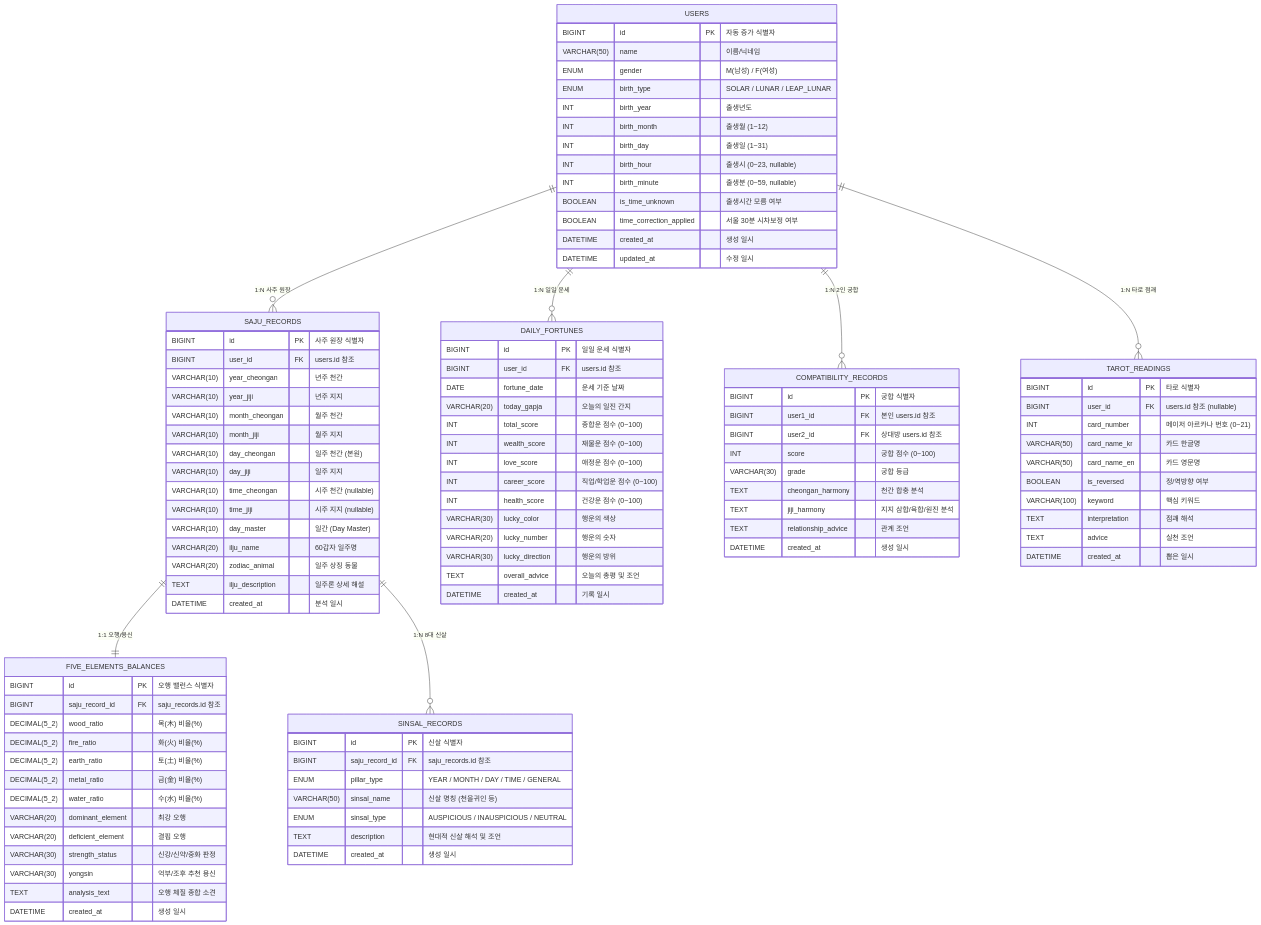
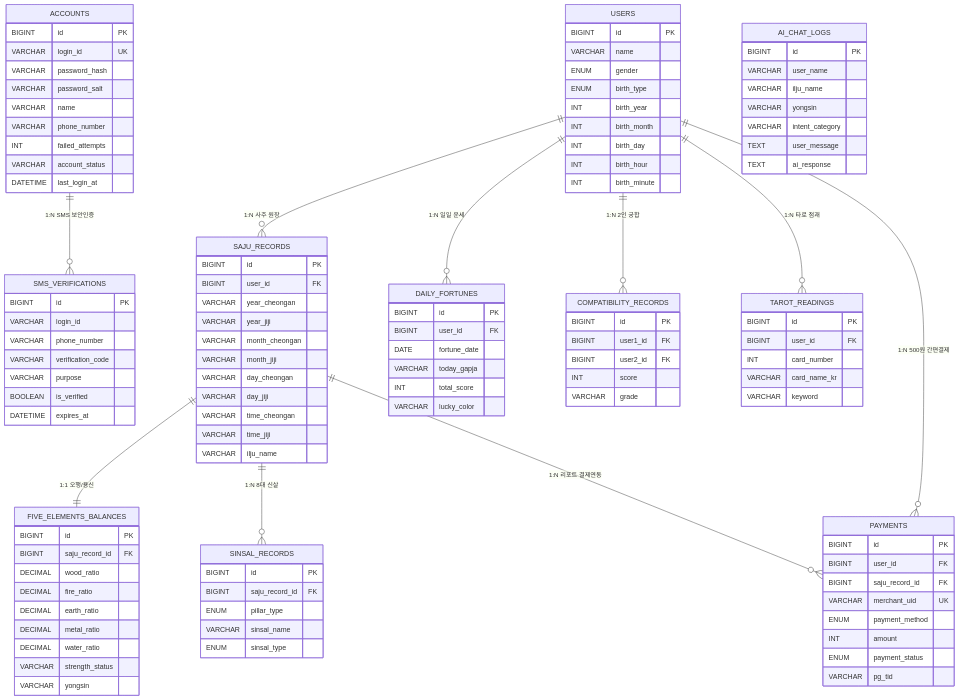
Before and after one commit to minjae0529-blip/Daily-Fortune: the third of 3 diagrams in README.md, drawn with Mermaid. The commit also changed other lines of this file and 29 other files, not shown here.

Commit message:
feat & docs: 한국 전통 디자인, 보안 로그인(5회 SMS·10회 휴면해제·SQLi 방어), 500원 간편결제(토스·카카오·네이버페이), 내장 AI 명리·꿈해몽 도사 챗봇 및 프로젝트 README 최신화

````diff
--- a/README.md
+++ b/README.md
@@ -160,111 +170,126 @@
 ```mermaid
 erDiagram
+    ACCOUNTS ||--o{ SMS_VERIFICATIONS : "1:N SMS 보안인증"
     USERS ||--o{ SAJU_RECORDS : "1:N 사주 원장"
     USERS ||--o{ DAILY_FORTUNES : "1:N 일일 운세"
     USERS ||--o{ COMPATIBILITY_RECORDS : "1:N 2인 궁합"
     USERS ||--o{ TAROT_READINGS : "1:N 타로 점괘"
+    USERS ||--o{ PAYMENTS : "1:N 500원 간편결제"
     SAJU_RECORDS ||--|| FIVE_ELEMENTS_BALANCES : "1:1 오행/용신"
     SAJU_RECORDS ||--o{ SINSAL_RECORDS : "1:N 8대 신살"
+    SAJU_RECORDS ||--o{ PAYMENTS : "1:N 리포트 결제연동"
+
+    ACCOUNTS {
+        BIGINT id PK
+        VARCHAR login_id UK
+        VARCHAR password_hash
+        VARCHAR password_salt
+        VARCHAR name
+        VARCHAR phone_number
+        INT failed_attempts
+        VARCHAR account_status
+        DATETIME last_login_at
+    }
+
+    SMS_VERIFICATIONS {
+        BIGINT id PK
+        VARCHAR login_id
+        VARCHAR phone_number
+        VARCHAR verification_code
+        VARCHAR purpose
+        BOOLEAN is_verified
+        DATETIME expires_at
+    }
 
     USERS {
-        BIGINT id PK "자동 증가 식별자"
-        VARCHAR(50) name "이름/닉네임"
-        ENUM gender "M(남성) / F(여성)"
-        ENUM birth_type "SOLAR / LUNAR / LEAP_LUNAR"
-        INT birth_year "출생년도"
-        INT birth_month "출생월 (1~12)"
-        INT birth_day "출생일 (1~31)"
-        INT birth_hour "출생시 (0~23, nullable)"
-        INT birth_minute "출생분 (0~59, nullable)"
-        BOOLEAN is_time_unknown "출생시간 모름 여부"
-        BOOLEAN time_correction_applied "서울 30분 시차보정 여부"
-        DATETIME created_at "생성 일시"
-        DATETIME updated_at "수정 일시"
+        BIGINT id PK
+        VARCHAR name
+        ENUM gender
+        ENUM birth_type
+        INT birth_year
+        INT birth_month
+        INT birth_day
+        INT birth_hour
+        INT birth_minute
     }
 
     SAJU_RECORDS {
-        BIGINT id PK "사주 원장 식별자"
-        BIGINT user_id FK "users.id 참조"
-        VARCHAR(10) year_cheongan "년주 천간"
-        VARCHAR(10) year_jiji "년주 지지"
-        VARCHAR(10) month_cheongan "월주 천간"
-        VARCHAR(10) month_jiji "월주 지지"
-        VARCHAR(10) day_cheongan "일주 천간 (본원)"
-        VARCHAR(10) day_jiji "일주 지지"
-        VARCHAR(10) time_cheongan "시주 천간 (nullable)"
-        VARCHAR(10) time_jiji "시주 지지 (nullable)"
-        VARCHAR(10) day_master "일간 (Day Master)"
-        VARCHAR(20) ilju_name "60갑자 일주명"
-        VARCHAR(20) zodiac_animal "일주 상징 동물"
-        TEXT ilju_description "일주론 상세 해설"
-        DATETIME created_at "분석 일시"
+        BIGINT id PK
+        BIGINT user_id FK
+        VARCHAR year_cheongan
+        VARCHAR year_jiji
+        VARCHAR month_cheongan
+        VARCHAR month_jiji
+        VARCHAR day_cheongan
+        VARCHAR day_jiji
+        VARCHAR time_cheongan
+        VARCHAR time_jiji
+        VARCHAR ilju_name
     }
 
     FIVE_ELEMENTS_BALANCES {
-        BIGINT id PK "오행 밸런스 식별자"
-        BIGINT saju_record_id FK "saju_records.id 참조"
-        DECIMAL(5_2) wood_ratio "목(木) 비율(%)"
-        DECIMAL(5_2) fire_ratio "화(火) 비율(%)"
-        DECIMAL(5_2) earth_ratio "토(土) 비율(%)"
-        DECIMAL(5_2) metal_ratio "금(金) 비율(%)"
-        DECIMAL(5_2) water_ratio "수(水) 비율(%)"
-        VARCHAR(20) dominant_element "최강 오행"
-        VARCHAR(20) deficient_element "결핍 오행"
-        VARCHAR(30) strength_status "신강/신약/중화 판정"
-        VARCHAR(30) yongsin "억부/조후 추천 용신"
-        TEXT analysis_text "오행 체질 종합 소견"
-        DATETIME created_at "생성 일시"
+        BIGINT id PK
+        BIGINT saju_record_id FK
+        DECIMAL wood_ratio
+        DECIMAL fire_ratio
+        DECIMAL earth_ratio
+        DECIMAL metal_ratio
+        DECIMAL water_ratio
+        VARCHAR strength_status
+        VARCHAR yongsin
     }
 
     SINSAL_RECORDS {
-        BIGINT id PK "신살 식별자"
-        BIGINT saju_record_id FK "saju_records.id 참조"
-        ENUM pillar_type "YEAR / MONTH / DAY / TIME / GENERAL"
-        VARCHAR(50) sinsal_name "신살 명칭 (천을귀인 등)"
-        ENUM sinsal_type "AUSPICIOUS / INAUSPICIOUS / NEUTRAL"
-        TEXT description "현대적 신살 해석 및 조언"
-        DATETIME created_at "생성 일시"
+        BIGINT id PK
+        BIGINT saju_record_id FK
+        ENUM pillar_type
+        VARCHAR sinsal_name
+        ENUM sinsal_type
     }
 
     DAILY_FORTUNES {
-        BIGINT id PK "일일 운세 식별자"
-        BIGINT user_id FK "users.id 참조"
-        DATE fortune_date "운세 기준 날짜"
-        VARCHAR(20) today_gapja "오늘의 일진 간지"
-        INT total_score "종합운 점수 (0~100)"
-        INT wealth_score "재물운 점수 (0~100)"
-        INT love_score "애정운 점수 (0~100)"
-        INT career_score "직업/학업운 점수 (0~100)"
-        INT health_score "건강운 점수 (0~100)"
-        VARCHAR(30) lucky_color "행운의 색상"
-        VARCHAR(20) lucky_number "행운의 숫자"
-        VARCHAR(30) lucky_direction "행운의 방위"
-        TEXT overall_advice "오늘의 총평 및 조언"
-        DATETIME created_at "기록 일시"
+        BIGINT id PK
+        BIGINT user_id FK
+        DATE fortune_date
+        VARCHAR today_gapja
+        INT total_score
+        VARCHAR lucky_color
     }
 
     COMPATIBILITY_RECORDS {
-        BIGINT id PK "궁합 식별자"
-        BIGINT user1_id FK "본인 users.id 참조"
-        BIGINT user2_id FK "상대방 users.id 참조"
-        INT score "궁합 점수 (0~100)"
-        VARCHAR(30) grade "궁합 등급"
-        TEXT cheongan_harmony "천간 합충 분석"
-        TEXT jiji_harmony "지지 삼합/육합/원진 분석"
-        TEXT relationship_advice "관계 조언"
-        DATETIME created_at "생성 일시"
+        BIGINT id PK
+        BIGINT user1_id FK
+        BIGINT user2_id FK
+        INT score
+        VARCHAR grade
     }
 
     TAROT_READINGS {
-        BIGINT id PK "타로 식별자"
-        BIGINT user_id FK "users.id 참조 (nullable)"
-        INT card_number "메이저 아르카나 번호 (0~21)"
-        VARCHAR(50) card_name_kr "카드 한글명"
-        VARCHAR(50) card_name_en "카드 영문명"
-        BOOLEAN is_reversed "정/역방향 여부"
-        VARCHAR(100) keyword "핵심 키워드"
-        TEXT interpretation "점괘 해석"
-        TEXT advice "실천 조언"
-        DATETIME created_at "뽑은 일시"
+        BIGINT id PK
+        BIGINT user_id FK
+        INT card_number
+        VARCHAR card_name_kr
+        VARCHAR keyword
+    }
+
+    PAYMENTS {
+        BIGINT id PK
+        BIGINT user_id FK
+        BIGINT saju_record_id FK
+        VARCHAR merchant_uid UK
+        ENUM payment_method
+        INT amount
+        ENUM payment_status
+        VARCHAR pg_tid
+    }
+
+    AI_CHAT_LOGS {
+        BIGINT id PK
+        VARCHAR user_name
+        VARCHAR ilju_name
+        VARCHAR yongsin
+        VARCHAR intent_category
+        TEXT user_message
+        TEXT ai_response
     }
 ```
````
